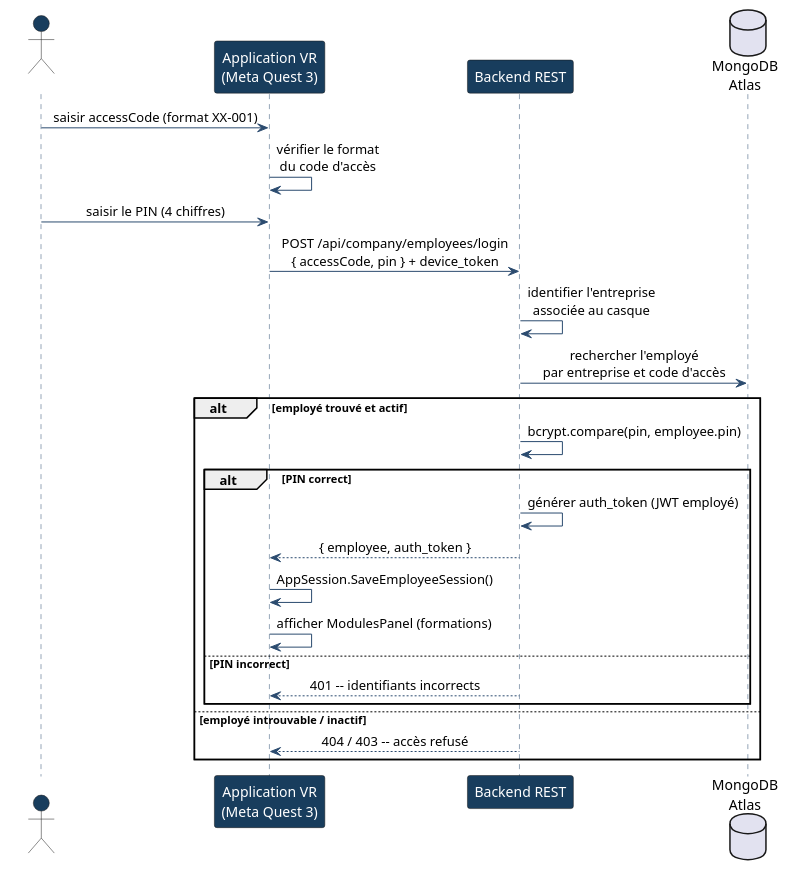
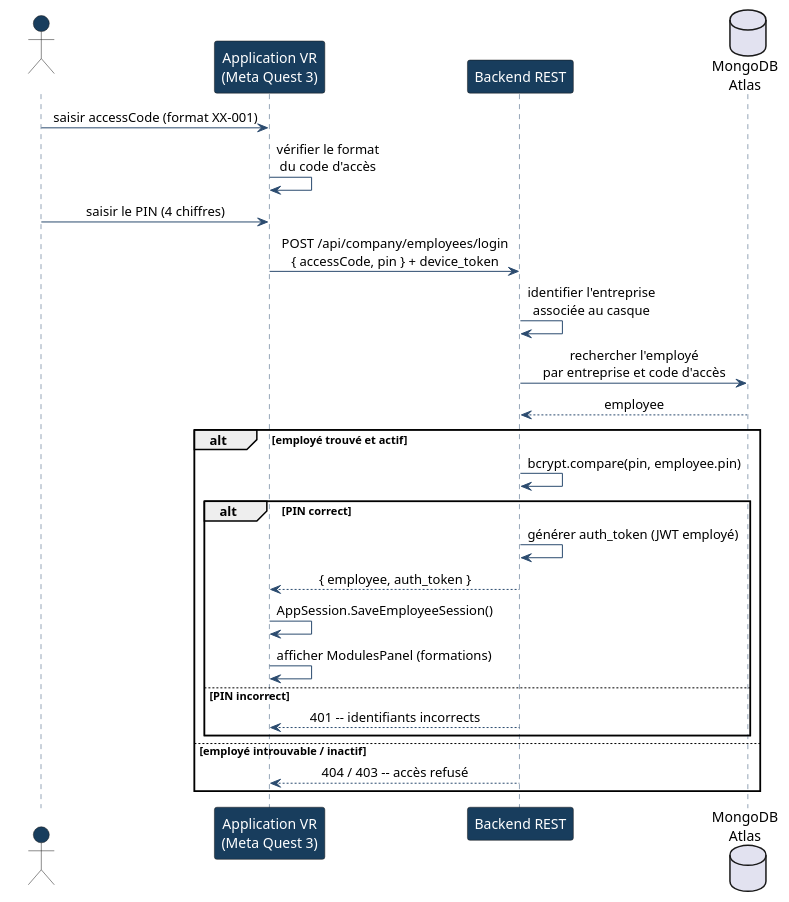
The diagram in PUML/seq_login_employe.puml (sayenjabo/TynassIt_PFE), drawn with PlantUML before and after one commit. The commit also changed 68 other files, not shown here.

```diff
--- a/PUML/seq_login_employe.puml
+++ b/PUML/seq_login_employe.puml
@@ -1,41 +1,42 @@
 @startuml Sequence_login_employe
 ' Diagramme de séquence --- Login employé sur le casque
 skinparam shadowing false
 skinparam sequenceMessageAlign center
 skinparam ParticipantBackgroundColor #183D5D
 skinparam ParticipantFontColor #FFFFFF
 skinparam ActorBackgroundColor #183D5D
 skinparam ActorFontColor #FFFFFF
 skinparam SequenceLifeLineBorderColor #2B4B6F
 skinparam ArrowColor #2B4B6F
 skinparam NoteBackgroundColor #FDF6D8
 skinparam NoteBorderColor #C9A227
 
 actor "Employé" as Emp
 participant "Application VR\n(Meta Quest 3)" as Unity
 participant "Backend REST" as API
 database "MongoDB\nAtlas" as DB
 
 Emp -> Unity : saisir accessCode (format XX-001)
 Unity -> Unity : vérifier le format\ndu code d'accès
 Emp -> Unity : saisir le PIN (4 chiffres)
 
 Unity -> API : POST /api/company/employees/login\n{ accessCode, pin } + device_token
 API -> API : identifier l'entreprise\nassociée au casque
 
 API -> DB : rechercher l'employé\npar entreprise et code d'accès
+DB --> API : employee
 alt employé trouvé et actif
   API -> API : bcrypt.compare(pin, employee.pin)
   alt PIN correct
     API -> API : générer auth_token (JWT employé)
     API --> Unity : { employee, auth_token }
     Unity -> Unity : AppSession.SaveEmployeeSession()
     Unity -> Unity : afficher ModulesPanel (formations)
   else PIN incorrect
     API --> Unity : 401 -- identifiants incorrects
   end
 else employé introuvable / inactif
   API --> Unity : 404 / 403 -- accès refusé
 end
 
 @enduml
```
